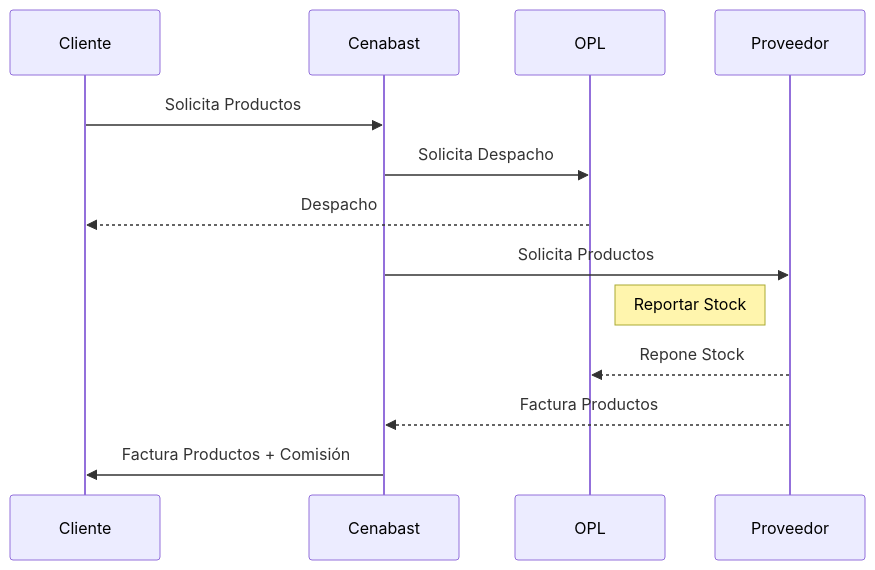
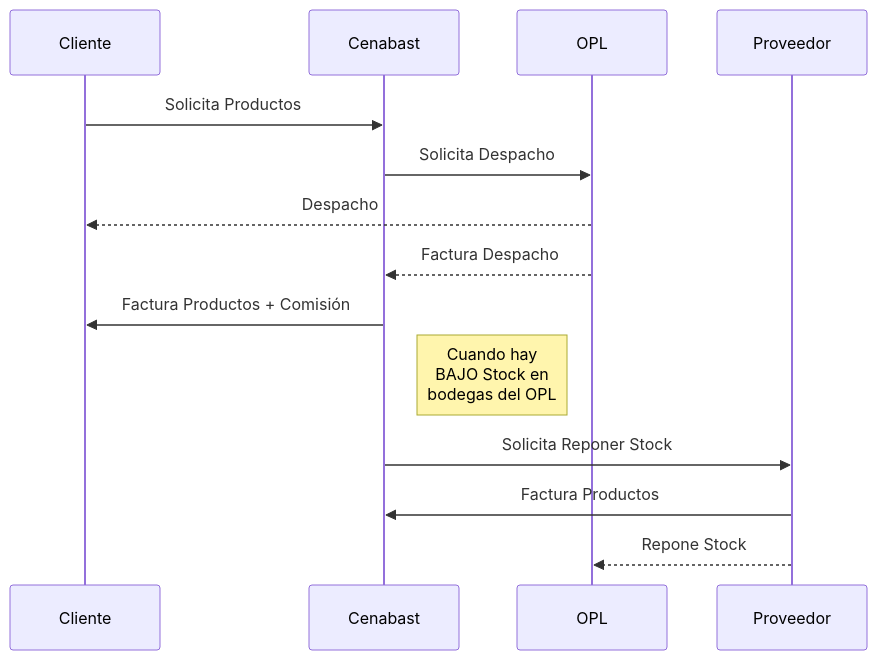
The diagram in business/centros/6000.md (patagon-dev/tienda-docs), drawn with Mermaid before and after one commit. The commit also changed other lines of this file, not shown here.

Commit message:
docs: update business/centros/6000

````diff
--- a/business/centros/6000.md
+++ b/business/centros/6000.md
@@ -19,12 +19,12 @@
 ```mermaid
 sequenceDiagram
     Cliente ->> Cenabast: Solicita Productos
     Cenabast->>OPL: Solicita Despacho
     OPL-->> Cliente: Despacho
-    Cenabast->>Proveedor: Solicita Productos
-		Note left of Proveedor: Reportar Stock
-    Proveedor -->> OPL: Repone Stock
-   
-    Proveedor-->> Cenabast: Factura Productos
+    OPL-->> Cenabast: Factura Despacho
     Cenabast->> Cliente: Factura Productos + Comisión
+    Note left of OPL: Cuando hay <br>BAJO Stock en <br> bodegas del OPL
+    Cenabast->>Proveedor: Solicita Reponer Stock
+    Proveedor->>Cenabast: Factura Productos
+    Proveedor -->> OPL: Repone Stock    
 ```
````
